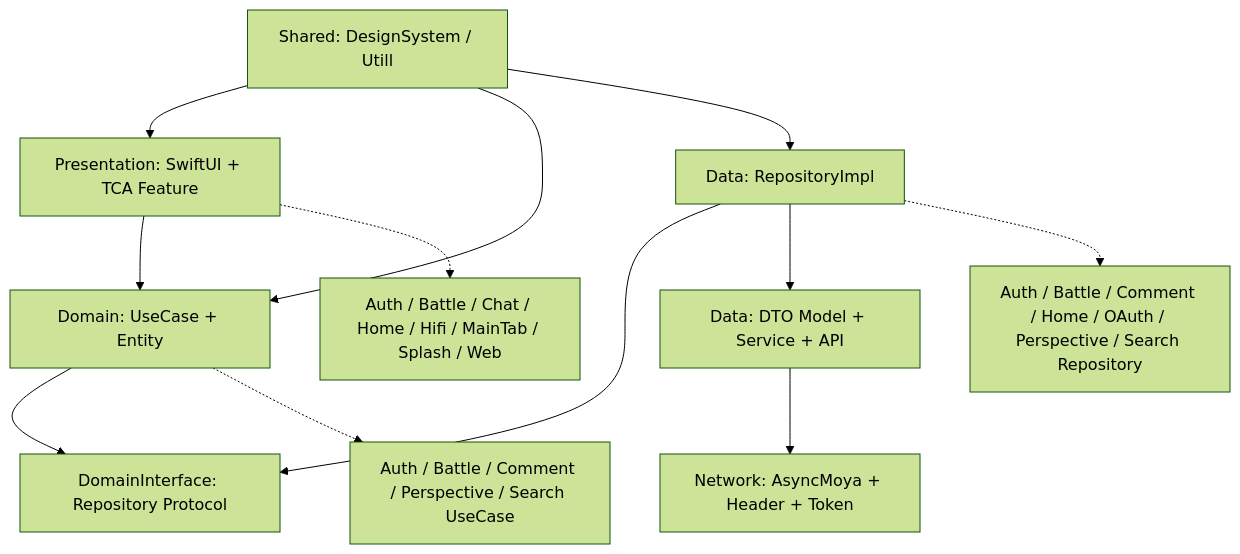
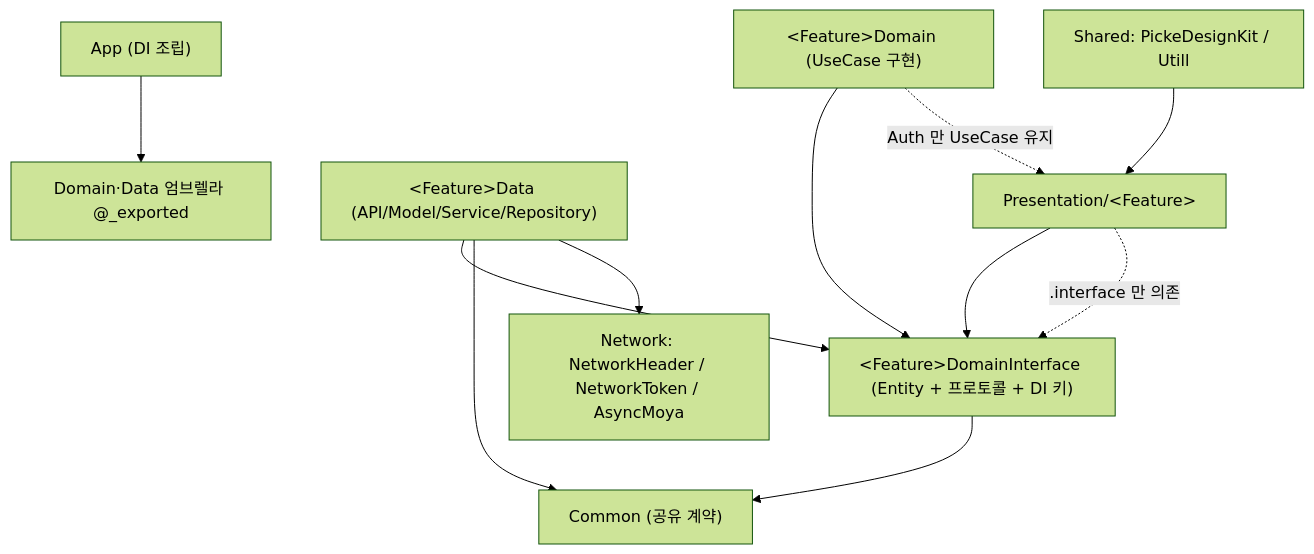
The diagram in README.md (SWYP-Find/Picke-iOS), drawn with Mermaid (forest theme) before and after one commit. The commit also changed other lines of this file, not shown here.

First line of the commit message:
docs(readme): Domain/Data feature 마이크로아키텍처로 README 갱신

````diff
--- a/README.md
+++ b/README.md
@@ -159,15 +162,14 @@
 ```mermaid
 graph TD
-    A[Presentation: SwiftUI + TCA Feature] --> B[Domain: UseCase + Entity]
-    B --> C[DomainInterface: Repository Protocol]
-    D[Data: RepositoryImpl] --> C
-    D --> E[Data: DTO Model + Service + API]
-    E --> F[Network: AsyncMoya + Header + Token]
-    G[Shared: DesignSystem / Utill] --> A
-    G --> B
-    G --> D
+    A["Presentation/&lt;Feature&gt;"] --> B["&lt;Feature&gt;DomainInterface (Entity + 프로토콜 + DI 키)"]
+    A2["&lt;Feature&gt;Domain (UseCase 구현)"] --> B
+    C["&lt;Feature&gt;Data (API/Model/Service/Repository)"] --> B
+    C --> CM["Common (공유 계약)"]
+    B --> CM
+    C --> E["Network: NetworkHeader / NetworkToken / AsyncMoya"]
+    G[Shared: PickeDesignKit / Utill] --> A
+    App["App (DI 조립)"] --> UMB["Domain·Data 엄브렐라 @_exported"]
 
-    A -.-> H[Auth / Battle / Chat / Home / Hifi / MainTab / Splash / Web]
-    B -.-> I[Auth / Battle / Comment / Perspective / Search UseCase]
-    D -.-> J[Auth / Battle / Comment / Home / OAuth / Perspective / Search Repository]
+    A -.->|.interface 만 의존| B
+    A2 -.->|Auth 만 UseCase 유지| A
 ```
````
